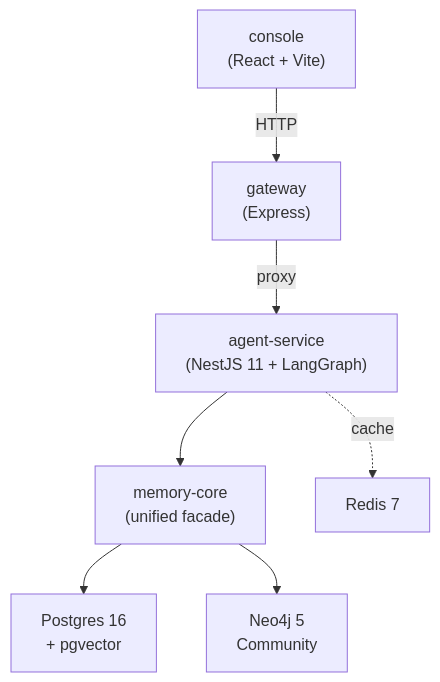
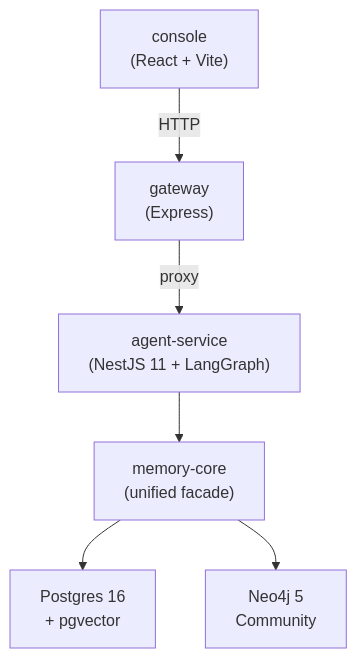
One commit to maxathy/agent-native-monorepo changed the first of 3 diagrams in README.md. Above: the diagram before and after it, drawn with Mermaid. The commit also changed other lines of this file and 3 other files, not shown here.

````diff
--- a/README.md
+++ b/README.md
@@ -15,17 +20,15 @@
 ```mermaid
 graph TD
     Console["console<br/>(React + Vite)"]
     Gateway["gateway<br/>(Express)"]
     Agent["agent-service<br/>(NestJS 11 + LangGraph)"]
     Memory["memory-core<br/>(unified facade)"]
     PG["Postgres 16<br/>+ pgvector"]
     Neo["Neo4j 5<br/>Community"]
-    Redis["Redis 7"]
 
     Console -->|HTTP| Gateway
     Gateway -->|proxy| Agent
     Agent --> Memory
     Memory --> PG
     Memory --> Neo
-    Agent -.->|cache| Redis
 ```
````
